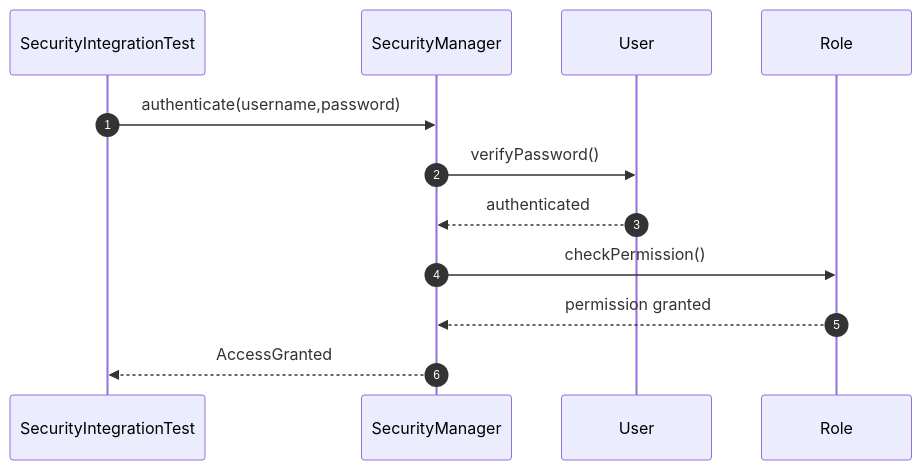
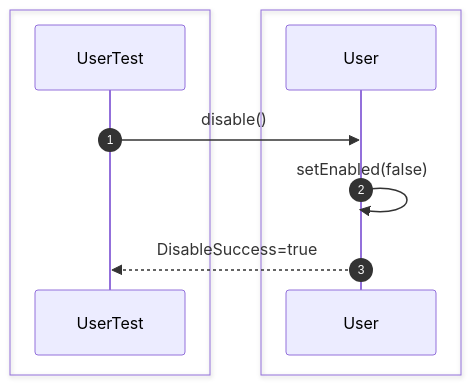
Before and after one commit to Huy1801214/dbms-architecture: diagram 16 of 35 in src/sequence/security.md, drawn with Mermaid. The commit also changed other lines of this file and 10 other files, not shown here.

Commit message:
add comprehensive sequence diagrams and documentation for system architecture and unit testing specifications

````diff
--- a/src/sequence/security.md
+++ b/src/sequence/security.md
@@ -249,20 +288,15 @@
 ```mermaid
 sequenceDiagram
     autonumber
-    participant Test as SecurityIntegrationTest
-    participant Security as SecurityManager
-    participant User
-    participant Role
 
-    Test->>Security: authenticate(username,password)
+    box #e1f5fe Test Suite
+    participant Test as UserTest
+    end
+    box #e3f2fd Security Components
+    participant User as User
+    end
 
-    Security->>User: verifyPassword()
-
-    User-->>Security: authenticated
-
-    Security->>Role: checkPermission()
-
-    Role-->>Security: permission granted
-
-    Security-->>Test: AccessGranted
+    Test->>User: disable()
+    User->>User: setEnabled(false)
+    User-->>Test: DisableSuccess=true
 ```
````
